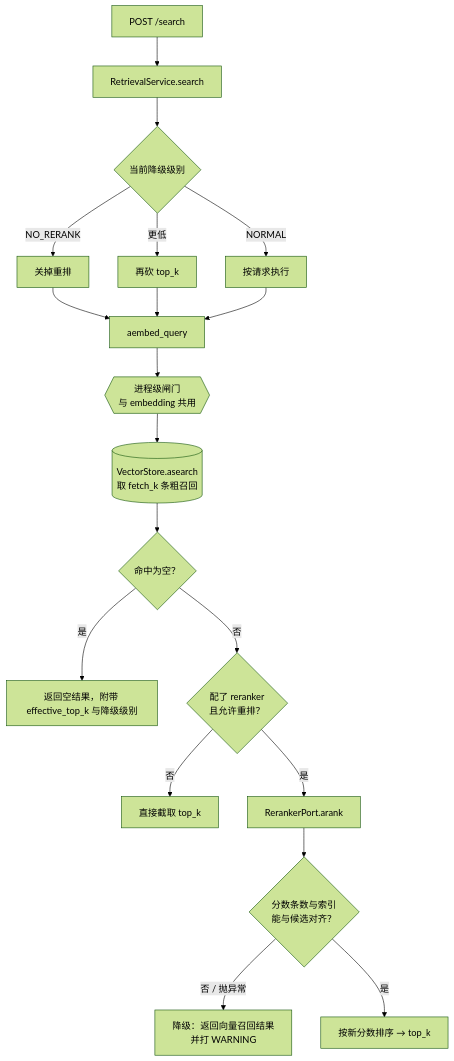
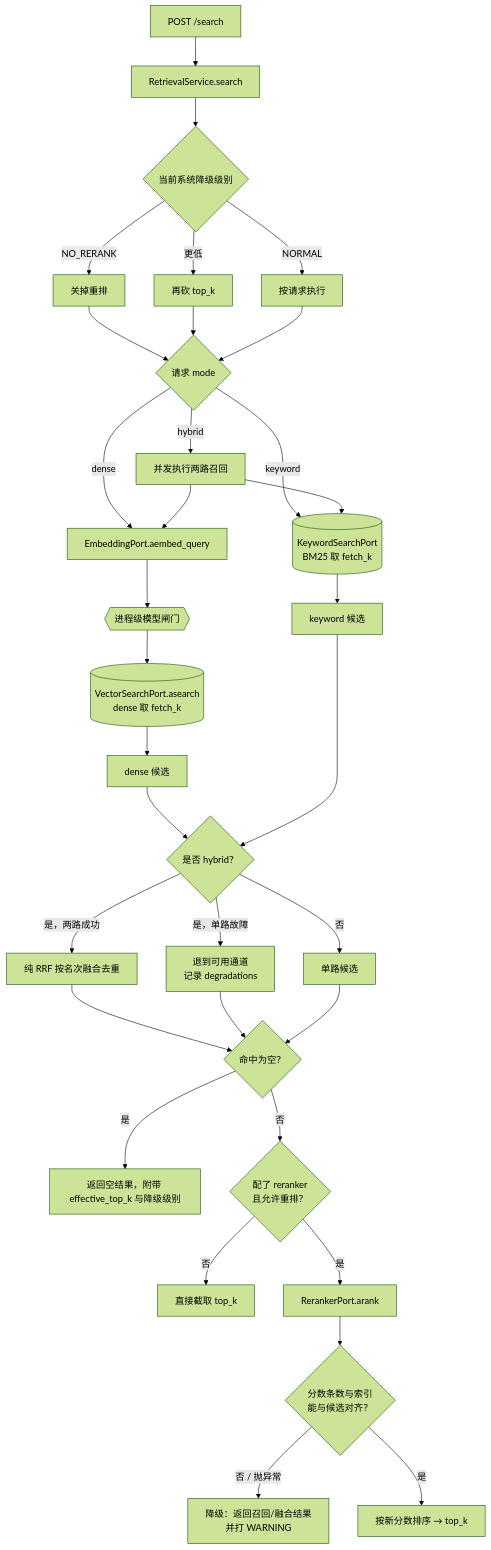
Before and after one commit to comet-7x/comet-rag: the third of 3 diagrams in docs/structure.md, drawn with Mermaid (forest theme). The commit also changed other lines of this file and 54 other files, not shown here.

````diff
--- a/docs/structure.md
+++ b/docs/structure.md
@@ -181,22 +182,36 @@
 ```mermaid
 flowchart TD
     A["POST /search"] --> B["RetrievalService.search"]
-    B --> DEG{"当前降级级别"}
+    B --> DEG{"当前系统降级级别"}
     DEG -->|"NO_RERANK"| D1["关掉重排"]
     DEG -->|"更低"| D2["再砍 top_k"]
     DEG -->|NORMAL| D3["按请求执行"]
 
-    D1 --> E["aembed_query"]
-    D2 --> E
-    D3 --> E
-    E --> GATE{{"进程级闸门<br/>与 embedding 共用"}}
-    GATE --> F[("VectorStore.asearch<br/>取 fetch_k 条粗召回")]
-    F --> G{"命中为空？"}
+    D1 --> MODE{"请求 mode"}
+    D2 --> MODE
+    D3 --> MODE
+    MODE -->|dense| E["EmbeddingPort.aembed_query"]
+    MODE -->|keyword| KW[("KeywordSearchPort<br/>BM25 取 fetch_k")]
+    MODE -->|hybrid| BOTH["并发执行两路召回"]
+    BOTH --> E
+    BOTH --> KW
+    E --> GATE{{"进程级模型闸门"}}
+    GATE --> F[("VectorSearchPort.asearch<br/>dense 取 fetch_k")]
+    F --> CAND["dense 候选"]
+    KW --> KCAND["keyword 候选"]
+    CAND --> RRF{"是否 hybrid？"}
+    KCAND --> RRF
+    RRF -->|是，两路成功| RF["纯 RRF 按名次融合去重"]
+    RRF -->|是，单路故障| FALL["退到可用通道<br/>记录 degradations"]
+    RRF -->|否| ONE["单路候选"]
+    RF --> G{"命中为空？"}
+    FALL --> G
+    ONE --> G
     G -->|是| GX["返回空结果，附带 effective_top_k 与降级级别"]
     G -->|否| H{"配了 reranker<br/>且允许重排？"}
     H -->|否| I["直接截取 top_k"]
     H -->|是| J["RerankerPort.arank"]
-    J --> K{"分数条数与索引<br/>能与候选对齐？"}
-    K -->|"否 / 抛异常"| L["降级：返回向量召回结果<br/>并打 WARNING"]
-    K -->|是| M["按新分数排序 → top_k"]
+    J --> CHECK{"分数条数与索引<br/>能与候选对齐？"}
+    CHECK -->|"否 / 抛异常"| L["降级：返回召回/融合结果<br/>并打 WARNING"]
+    CHECK -->|是| M["按新分数排序 → top_k"]
 ```
````
